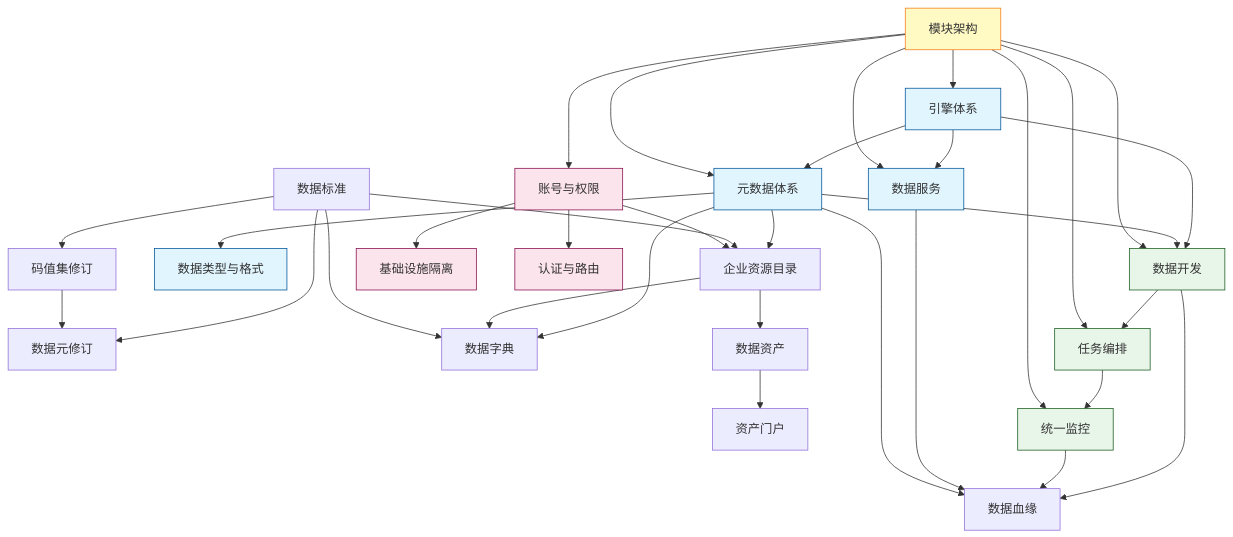
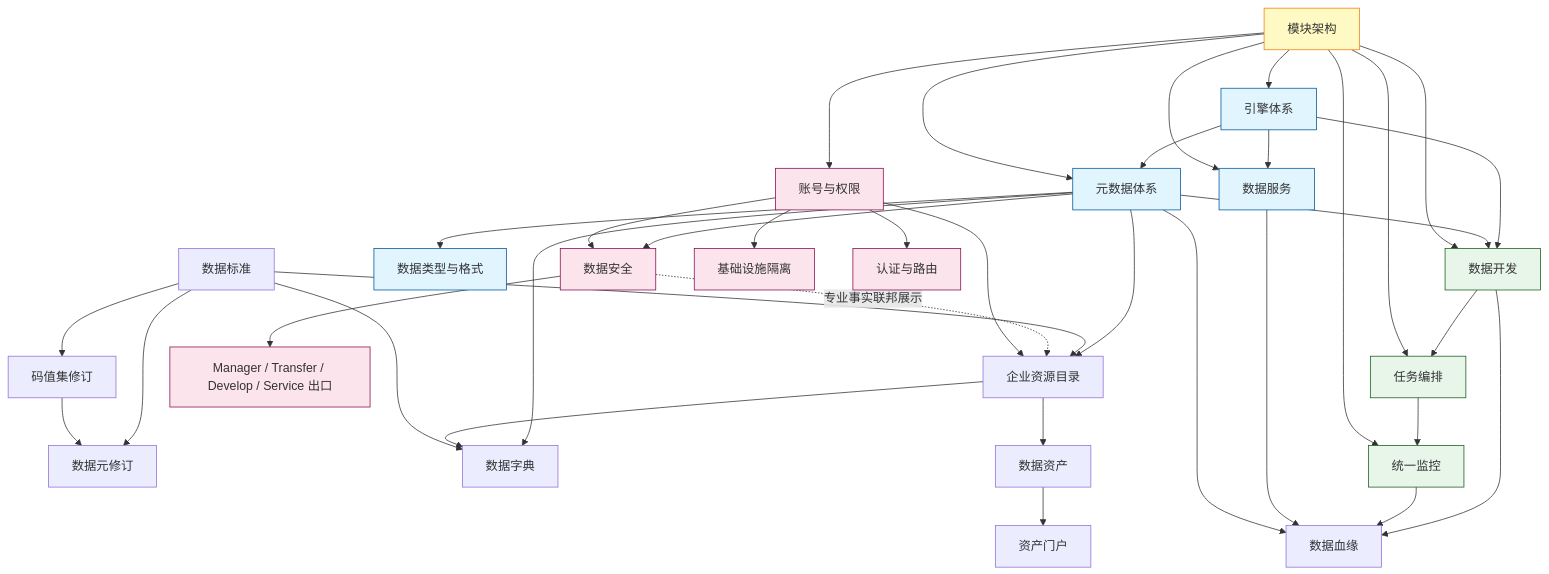
The second of 2 diagrams in docs/concepts/addp核心概念关系图.md (pampa0629/addp), drawn with Mermaid before and after one commit. The commit also changed other lines of this file and 718 other files, not shown here.

````diff
--- a/docs/concepts/addp核心概念关系图.md
+++ b/docs/concepts/addp核心概念关系图.md
@@ -404,49 +430,54 @@
 ```mermaid
 graph TB
     引擎[引擎体系] --> 元数据[元数据体系]
     引擎 --> 开发[数据开发]
     引擎 --> 服务[数据服务]
 
     元数据 --> 类型[数据类型与格式]
     元数据 --> 开发
     元数据 --> 目录[企业资源目录]
     标准[数据标准] --> 目录
     标准 --> 元素修订[数据元修订]
     标准 --> 码集修订[码值集修订]
     码集修订 --> 元素修订
     元数据 --> 字典[数据字典]
     目录 --> 字典
     标准 --> 字典
+    元数据 --> 安全[数据安全]
+    账号 --> 安全
+    安全 -. 专业事实联邦展示 .-> 目录
+    安全 --> 保护出口[Manager / Transfer / Develop / Service 出口]
     账号[账号与权限] --> 目录
     目录 --> 资产[数据资产]
     资产 --> 门户[资产门户]
 
     开发 --> 编排[任务编排]
     编排 --> 监控[统一监控]
     开发 --> 血缘[数据血缘]
     监控 --> 血缘
     服务 --> 血缘
     元数据 --> 血缘
 
     账号 --> 隔离[基础设施隔离]
     账号 --> 认证[认证与路由]
 
     模块[模块架构] --> 引擎
     模块 --> 账号
     模块 --> 元数据
     模块 --> 开发
     模块 --> 编排
     模块 --> 监控
     模块 --> 服务
 
     classDef architecture fill:#fff9c4,stroke:#f57f17
     classDef engine fill:#e1f5ff,stroke:#01579b
     classDef data fill:#e8f5e9,stroke:#1b5e20
     classDef auth fill:#fce4ec,stroke:#880e4f
     classDef dev fill:#f3e5f5,stroke:#4a148c
 
     class 模块 architecture
     class 引擎,元数据,类型,服务 engine
+    class 安全,保护出口 auth
     class 开发,编排,监控 data
     class 账号,隔离,认证 auth
 ```
````
